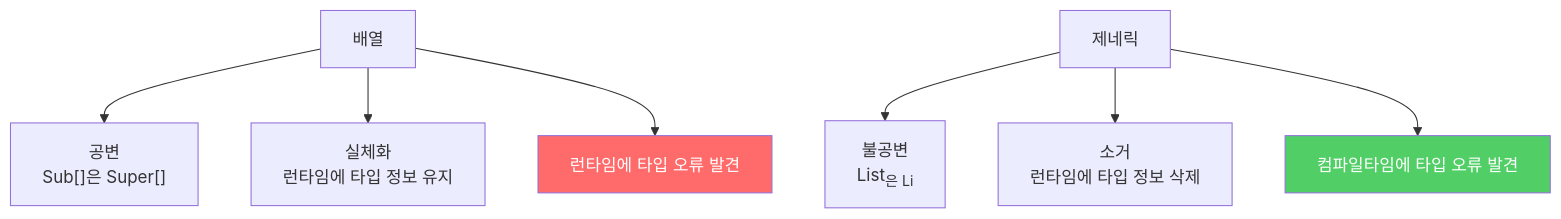
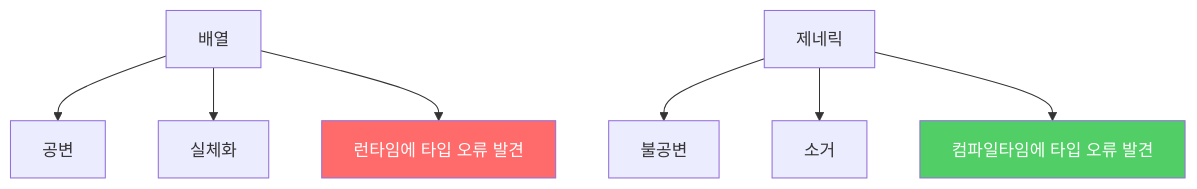
Before and after one commit to yjkim2015/yjkim2015.github.io: the second of 2 diagrams in _posts/java/2022-01-05-effective-java28.md, drawn with Mermaid. The commit also changed other lines of this file and 217 other files, not shown here.

First line of the commit message:
Mermaid 크기 수정: useMaxWidth:true + SVG max-width:100% + 라벨 축소

````diff
--- a/_posts/java/2022-01-05-effective-java28.md
+++ b/_posts/java/2022-01-05-effective-java28.md
@@ -148,11 +148,11 @@
 ```mermaid
 graph TD
-    A["배열"] --> A1["공변\nSub[]은 Super[]"]
-    A --> A2["실체화\n런타임에 타입 정보 유지"]
+    A["배열"] --> A1["공변"]
+    A --> A2["실체화"]
     A --> A3["런타임에 타입 오류 발견"]
-    B["제네릭"] --> B1["불공변\nList<Sub>은 Li"]
-    B --> B2["소거\n런타임에 타입 정보 삭제"]
+    B["제네릭"] --> B1["불공변"]
+    B --> B2["소거"]
     B --> B3["컴파일타임에 타입 오류 발견"]
     style A3 fill:#ff6b6b,color:#fff
     style B3 fill:#51cf66,color:#fff
 ```
````
